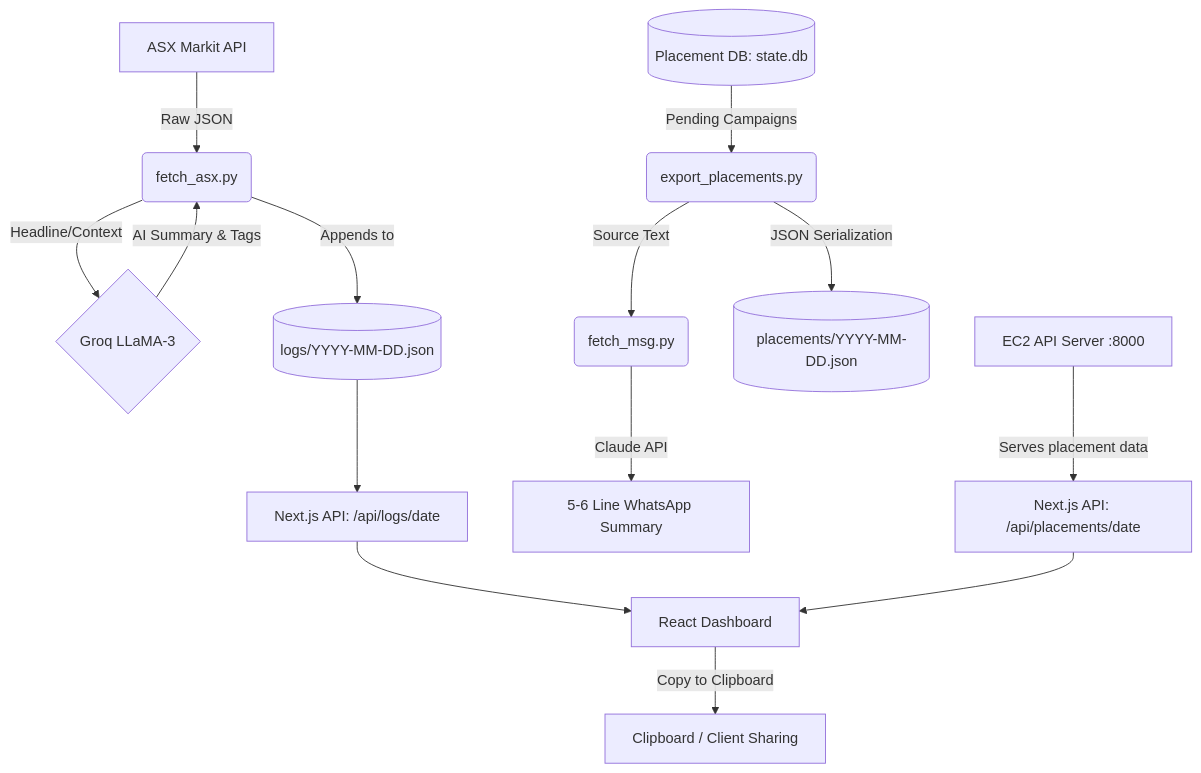
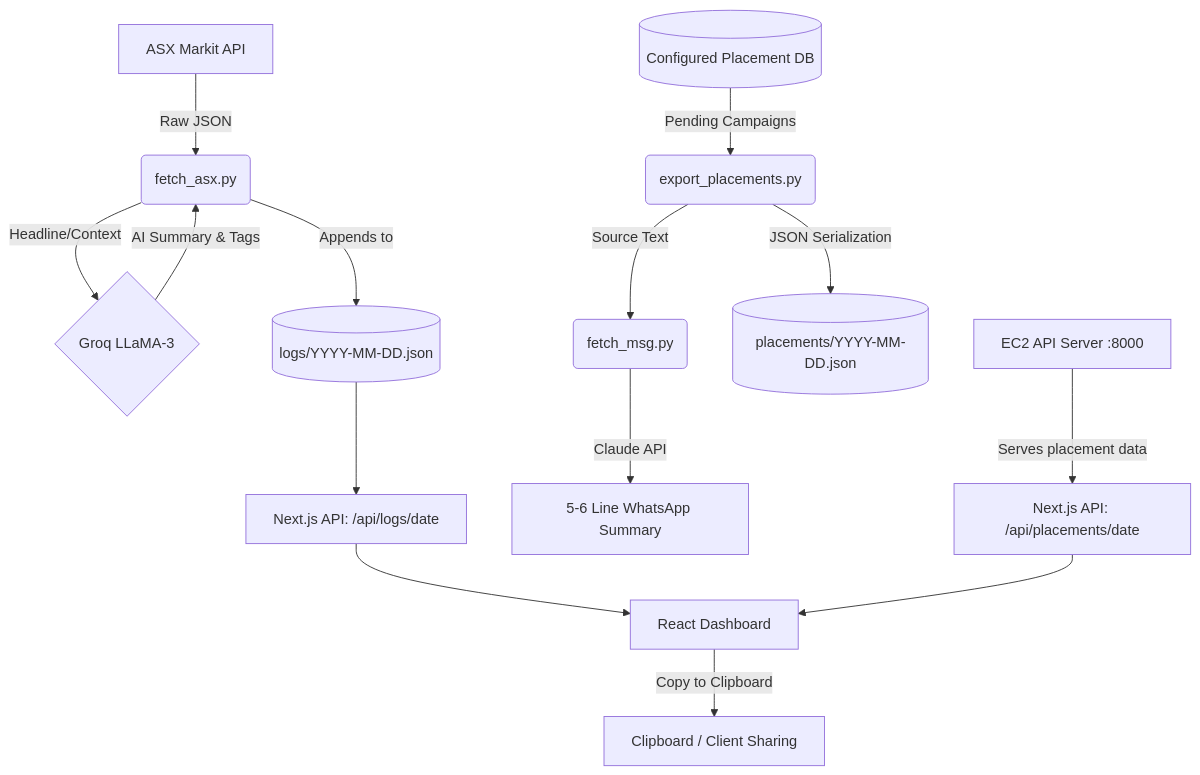
One commit to Vitti-Capital-Tech/ASX_Dashboard changed the diagram in docs/HLD.md. Above: the diagram before and after it, drawn with Mermaid. The commit also changed other lines of this file and 4 other files, not shown here.

````diff
--- a/docs/HLD.md
+++ b/docs/HLD.md
@@ -34,21 +34,21 @@
 ```mermaid
 graph TD
     %% ASX Announcements Pipeline
     ASX[ASX Markit API] -->|Raw JSON| FA(fetch_asx.py)
     FA -->|Headline/Context| G{Groq LLaMA-3}
     G -->|AI Summary & Tags| FA
     FA -->|Appends to| DL[(logs/YYYY-MM-DD.json)]
     DL --> BFF1[Next.js API: /api/logs/date]
 
     %% Placement & IPO Pipeline
-    DB[(Placement DB: state.db)] -->|Pending Campaigns| EP(export_placements.py)
+    DB[(Configured Placement DB)] -->|Pending Campaigns| EP(export_placements.py)
     EP -->|Source Text| FM(fetch_msg.py)
     FM -->|Claude API| WA[5-6 Line WhatsApp Summary]
     EP -->|JSON Serialization| PL[(placements/YYYY-MM-DD.json)]
     EC2[EC2 API Server :8000] -->|Serves placement data| BFF2[Next.js API: /api/placements/date]
 
     %% Frontend Layer
     BFF1 --> Dashboard[React Dashboard]
     BFF2 --> Dashboard
     Dashboard -->|Copy to Clipboard| Clip[Clipboard / Client Sharing]
 ```
````
